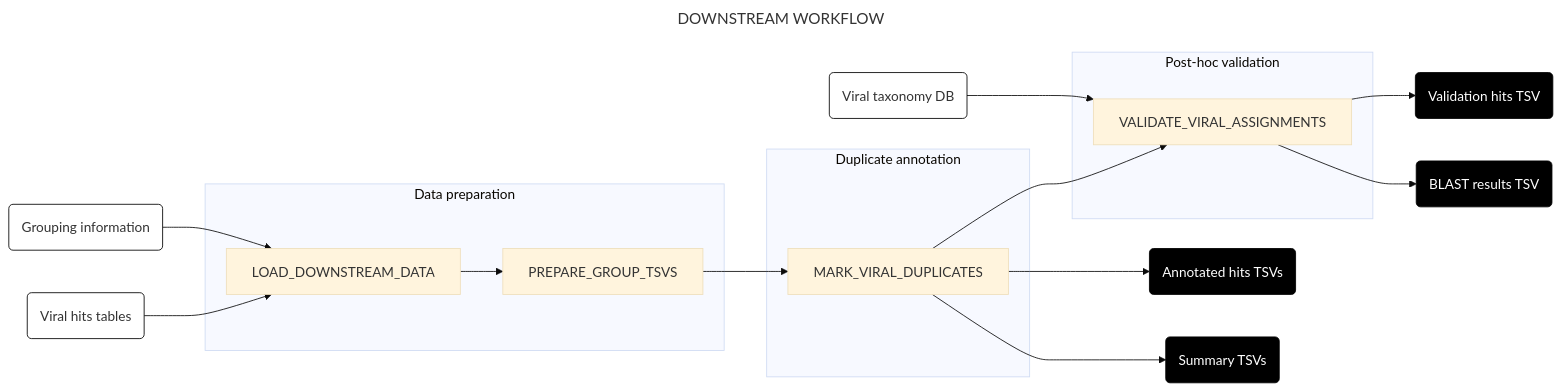
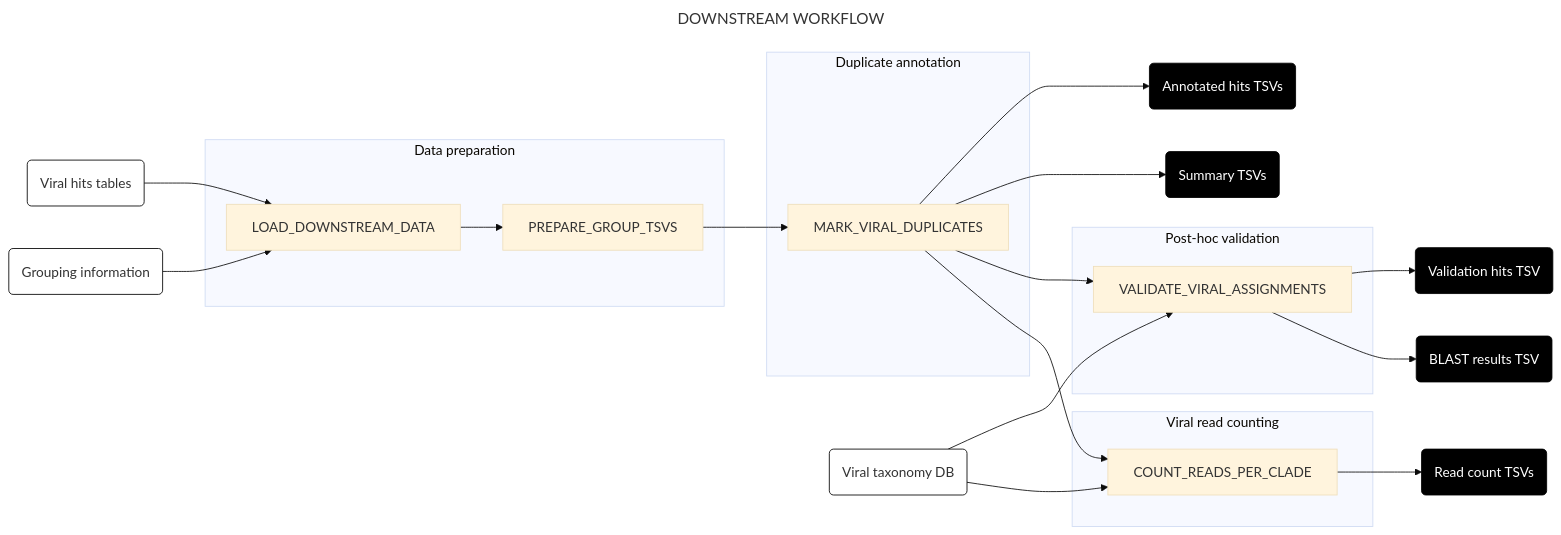
One commit to naobservatory/mgs-workflow changed the first of 11 diagrams in docs/downstream.md. Above: the diagram before and after it, drawn with Mermaid (base theme). The commit also changed other lines of this file and 1 other file, not shown here.

Commit message:
Add clade counting to docs

````diff
--- a/docs/downstream.md
+++ b/docs/downstream.md
@@ -13,34 +13,41 @@
 ```mermaid
 ---
 title: DOWNSTREAM WORKFLOW
 config:
   layout: horizontal
 ---
 flowchart LR
 A(Viral hits tables) & B(Grouping information) --> C[LOAD_DOWNSTREAM_DATA]
 C --> D[PREPARE_GROUP_TSVS]
 D --> E[MARK_VIRAL_DUPLICATES]
+E --> J(Annotated hits TSVs)
+E --> K(Summary TSVs)
 E --> F[VALIDATE_VIRAL_ASSIGNMENTS]
 G(Viral taxonomy DB) --> F
 F --> H(Validation hits TSV)
 F --> I(BLAST results TSV)
-E --> J(Annotated hits TSVs)
-E --> K(Summary TSVs)
+G --> L[COUNT_READS_PER_CLADE]
+E --> L
+L --> M(Read count TSVs)
 subgraph "Data preparation"
 C
 D
 end
 subgraph "Duplicate annotation"
 E
 end
 subgraph "Post-hoc validation"
 F
 end
+subgraph "Viral read counting"
+L
+end
 style A fill:#fff,stroke:#000
 style B fill:#fff,stroke:#000
 style G fill:#fff,stroke:#000
 style H fill:#000,color:#fff,stroke:#000
 style I fill:#000,color:#fff,stroke:#000
 style J fill:#000,color:#fff,stroke:#000
 style K fill:#000,color:#fff,stroke:#000
+style M fill:#000,color:#fff,stroke:#000
 ```
````
